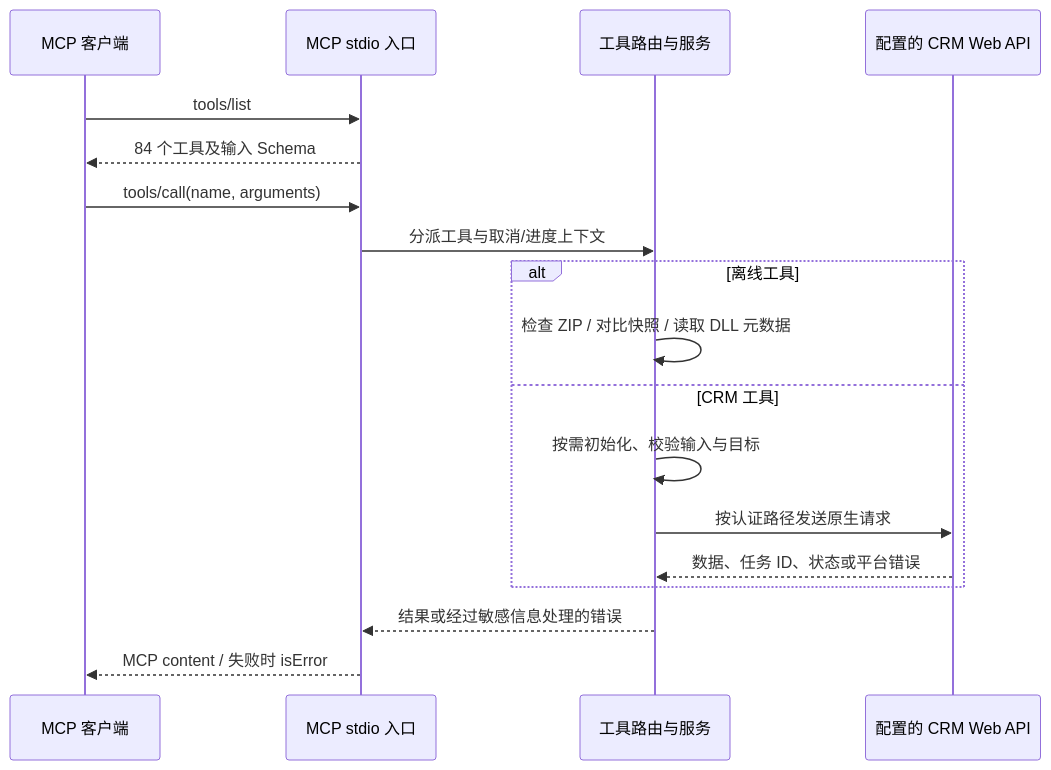
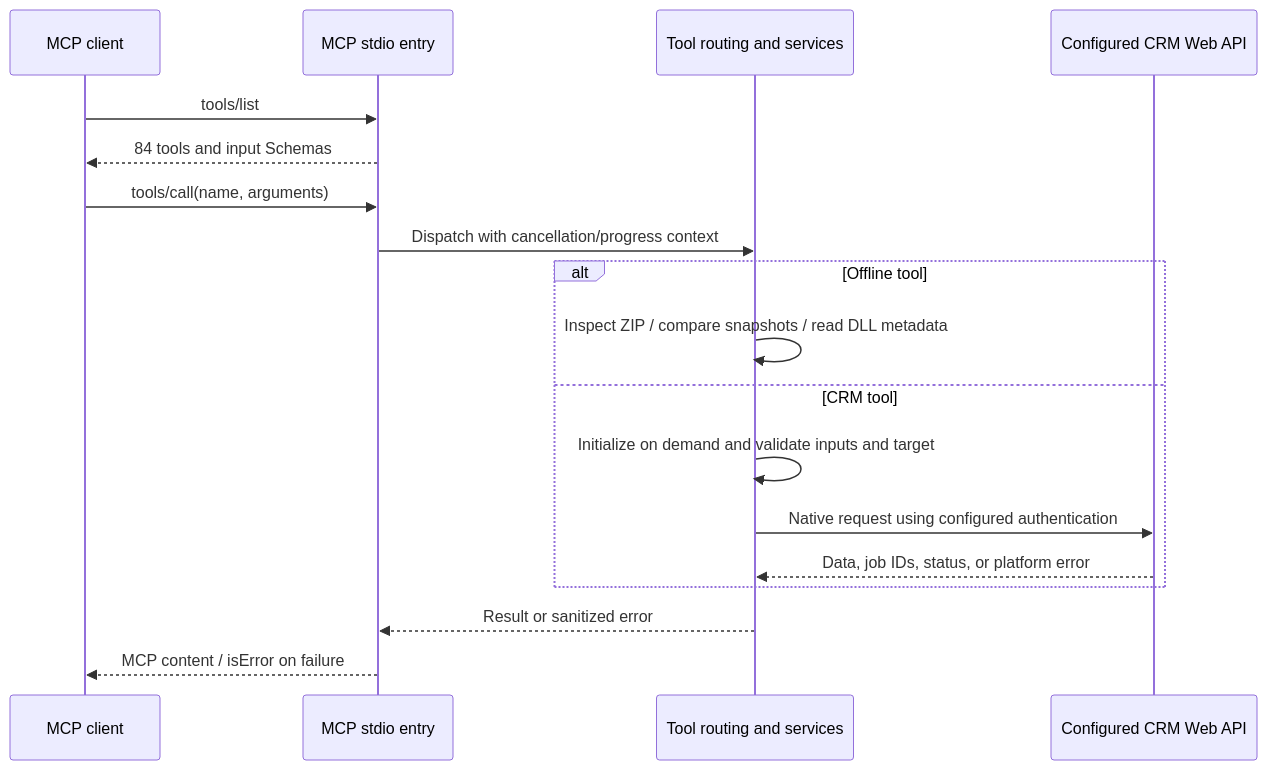
The second of 5 diagrams in README.md (Kenny-666/Dynamics365-mcp-server), drawn with Mermaid before and after one commit. The commit also changed other lines of this file and 11 other files, not shown here.

````diff
--- a/README.md
+++ b/README.md
@@ -101,20 +101,20 @@
 ```mermaid
 sequenceDiagram
-    participant C as MCP 客户端
-    participant M as MCP stdio 入口
-    participant R as 工具路由与服务
-    participant A as 配置的 CRM Web API
+    participant C as MCP client
+    participant M as MCP stdio entry
+    participant R as Tool routing and services
+    participant A as Configured CRM Web API
     C->>M: tools/list
-    M-->>C: 84 个工具及输入 Schema
+    M-->>C: 84 tools and input Schemas
     C->>M: tools/call(name, arguments)
-    M->>R: 分派工具与取消/进度上下文
-    alt 离线工具
-        R->>R: 检查 ZIP / 对比快照 / 读取 DLL 元数据
-    else CRM 工具
-        R->>R: 按需初始化、校验输入与目标
-        R->>A: 按认证路径发送原生请求
-        A-->>R: 数据、任务 ID、状态或平台错误
+    M->>R: Dispatch with cancellation/progress context
+    alt Offline tool
+        R->>R: Inspect ZIP / compare snapshots / read DLL metadata
+    else CRM tool
+        R->>R: Initialize on demand and validate inputs and target
+        R->>A: Native request using configured authentication
+        A-->>R: Data, job IDs, status, or platform error
     end
-    R-->>M: 结果或经过敏感信息处理的错误
-    M-->>C: MCP content / 失败时 isError
+    R-->>M: Result or sanitized error
+    M-->>C: MCP content / isError on failure
 ```
````
